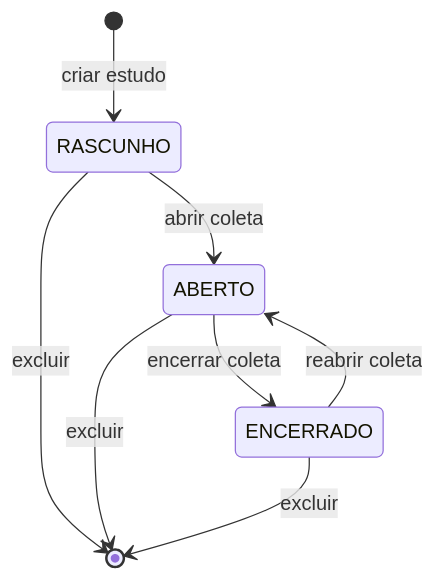
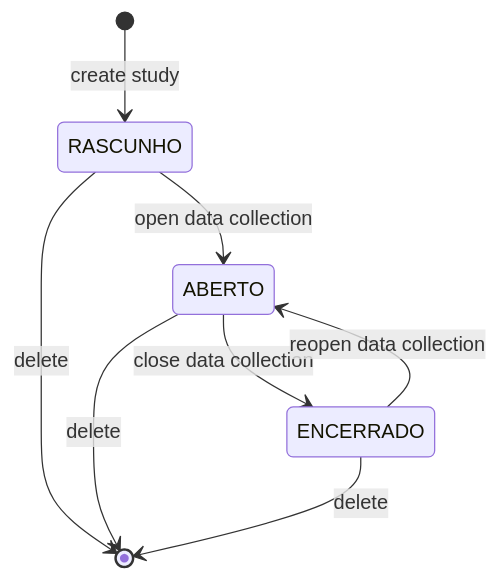
The fifth of 5 diagrams in docs/documentacao/casos-de-uso.md (gabrielfjm/ueq_form_ihc), drawn with Mermaid before and after one commit. The commit also changed other lines of this file and 151 other files, not shown here.

First line of the commit message:
mostra a documentação no idioma da interface, com os diagramas em inglês

````diff
--- a/docs/documentacao/casos-de-uso.md
+++ b/docs/documentacao/casos-de-uso.md
@@ -363,10 +363,10 @@
 ```mermaid
 stateDiagram-v2
-    [*] --> RASCUNHO: criar estudo
-    RASCUNHO --> ABERTO: abrir coleta
-    ABERTO --> ENCERRADO: encerrar coleta
-    ENCERRADO --> ABERTO: reabrir coleta
-    RASCUNHO --> [*]: excluir
-    ABERTO --> [*]: excluir
-    ENCERRADO --> [*]: excluir
+    [*] --> RASCUNHO: create study
+    RASCUNHO --> ABERTO: open data collection
+    ABERTO --> ENCERRADO: close data collection
+    ENCERRADO --> ABERTO: reopen data collection
+    RASCUNHO --> [*]: delete
+    ABERTO --> [*]: delete
+    ENCERRADO --> [*]: delete
 ```
````
